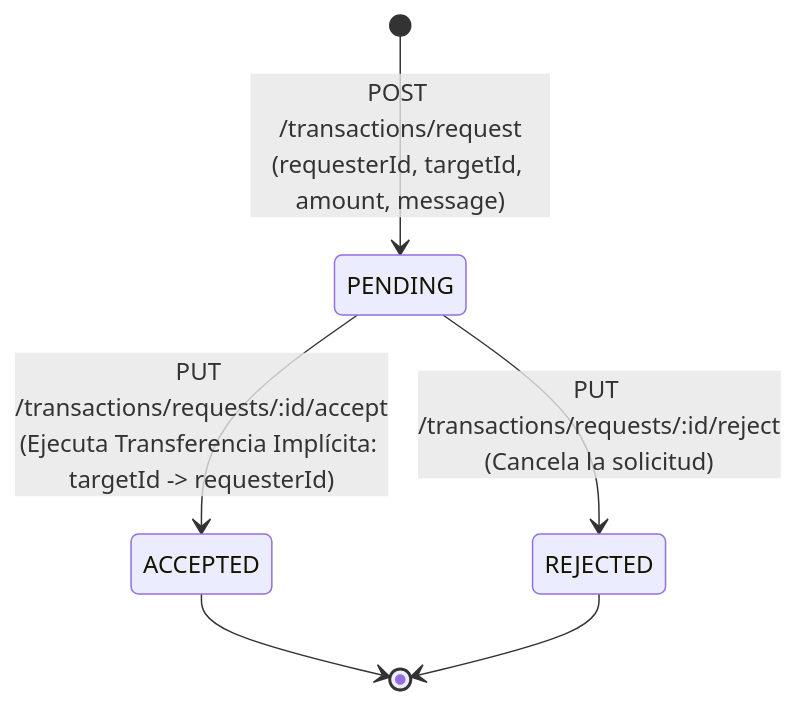
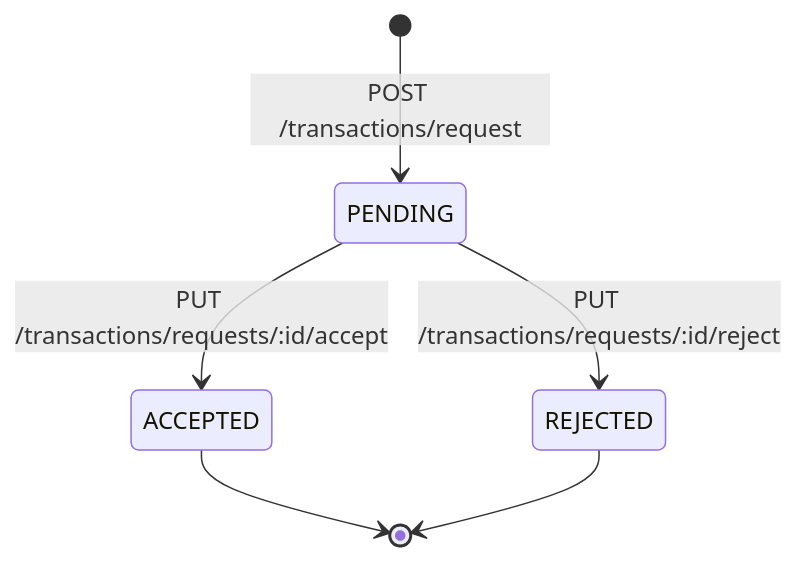
The third of 3 diagrams in docs/transactions.md (bleidertcs/fintech-wallet), drawn with Mermaid before and after one commit. The commit also changed other lines of this file and 27 other files, not shown here.

Commit message:
feat: generate project documentation and graphify visualization assets

````diff
--- a/docs/transactions.md
+++ b/docs/transactions.md
@@ -150,10 +150,8 @@
 ```mermaid
 stateDiagram-v2
-    [*] --> PENDING: POST /transactions/request<br>(requesterId, targetId, amount, message)
-    
-    PENDING --> ACCEPTED: PUT /transactions/requests/:id/accept<br>(Ejecuta Transferencia Implícita: targetId -> requesterId)
-    PENDING --> REJECTED: PUT /transactions/requests/:id/reject<br>(Cancela la solicitud)
-    
+    [*] --> PENDING : POST /transactions/request
+    PENDING --> ACCEPTED : PUT /transactions/requests/:id/accept
+    PENDING --> REJECTED : PUT /transactions/requests/:id/reject
     ACCEPTED --> [*]
     REJECTED --> [*]
 ```
````
